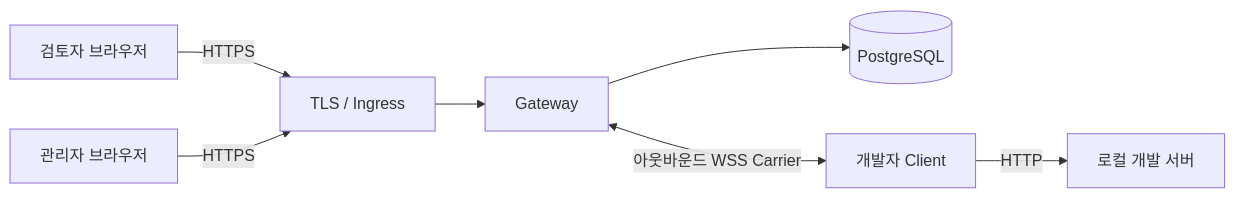
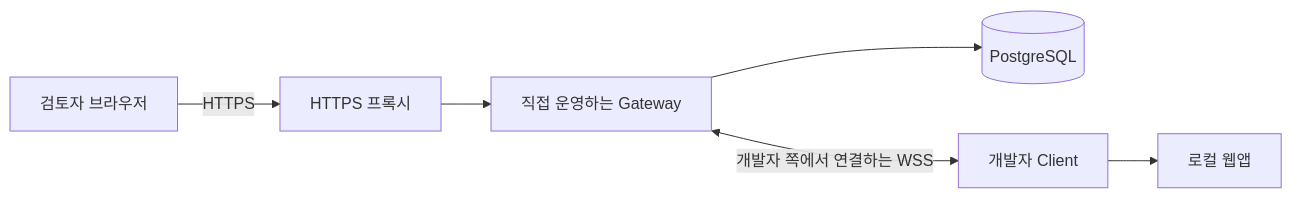
One commit to ddussi/lotur changed the diagram in README.ko.md. Above: the diagram before and after it, drawn with Mermaid. The commit also changed other lines of this file and 35 other files, not shown here.

````diff
--- a/README.ko.md
+++ b/README.ko.md
@@ -61,9 +17,8 @@
 ```mermaid
 flowchart LR
-    Reviewer[검토자 브라우저] -->|HTTPS| Ingress[TLS / Ingress]
-    Admin[관리자 브라우저] -->|HTTPS| Ingress
-    Ingress --> Gateway[Gateway]
-    Gateway --> PostgreSQL[(PostgreSQL)]
-    Gateway <-->|아웃바운드 WSS Carrier| Client[개발자 Client]
-    Client -->|HTTP| Origin[로컬 개발 서버]
+    Reviewer[검토자 브라우저] -->|HTTPS| Proxy[HTTPS 프록시]
+    Proxy --> Gateway[직접 운영하는 Gateway]
+    Gateway --> Database[(PostgreSQL)]
+    Gateway <-->|개발자 쪽에서 연결하는 WSS| Client[개발자 Client]
+    Client --> App[로컬 웹앱]
 ```
````
